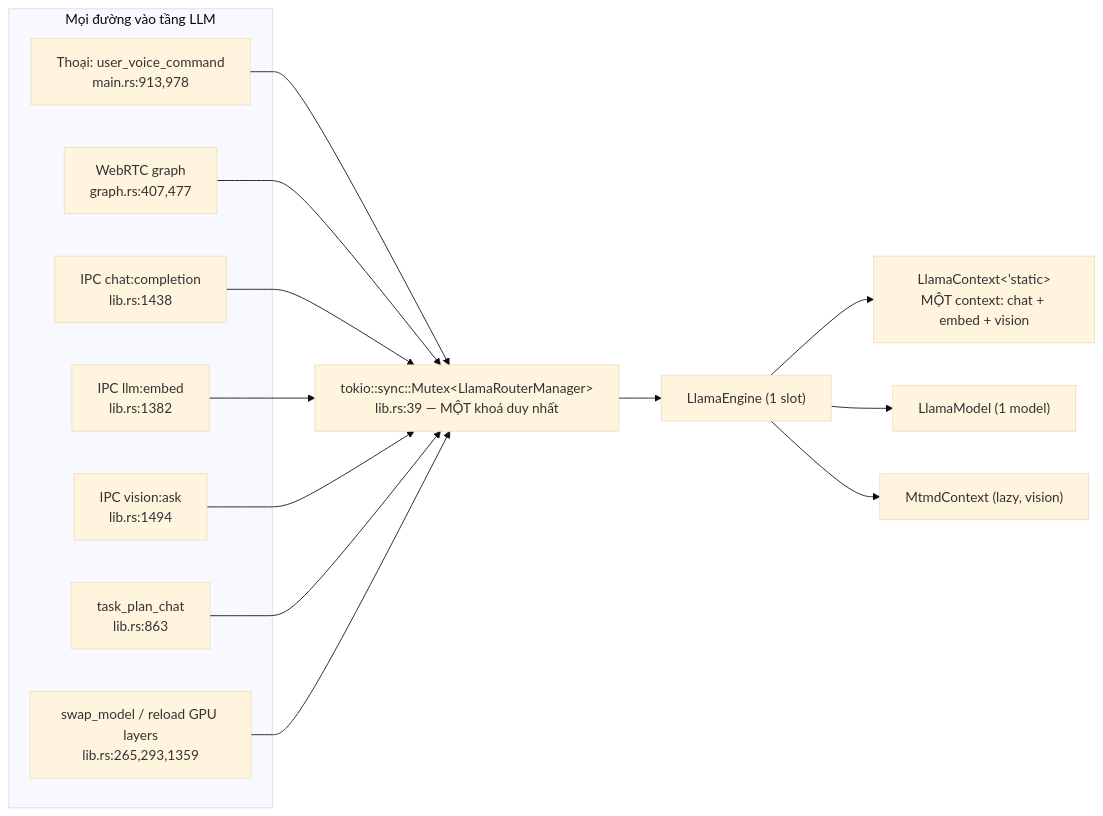
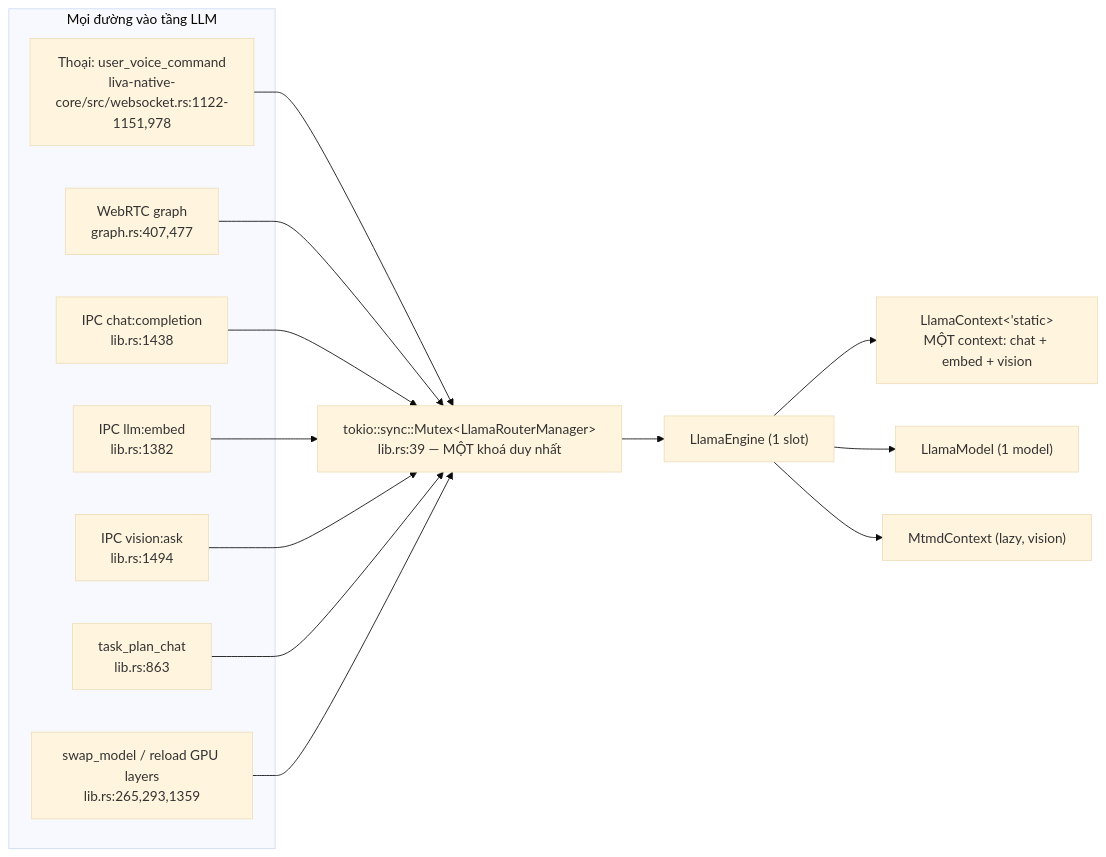
Before and after one commit to DuongNAD/LIVA: the fourth of 5 diagrams in docs/01-ban-ve/04-he-llm-va-prompt.md, drawn with Mermaid (base theme). The commit also changed other lines of this file and 59 other files, not shown here.

````diff
--- a/docs/01-ban-ve/04-he-llm-va-prompt.md
+++ b/docs/01-ban-ve/04-he-llm-va-prompt.md
@@ -658,26 +658,26 @@
 ```mermaid
 flowchart LR
     subgraph Callers["Mọi đường vào tầng LLM"]
-        V["Thoại: user_voice_command<br/>main.rs:913,978"]
+        V["Thoại: user_voice_command<br/>liva-native-core/src/websocket.rs:1122-1151,978"]
         W["WebRTC graph<br/>graph.rs:407,477"]
         I["IPC chat:completion<br/>lib.rs:1438"]
         E["IPC llm:embed<br/>lib.rs:1382"]
         X["IPC vision:ask<br/>lib.rs:1494"]
         T["task_plan_chat<br/>lib.rs:863"]
         S["swap_model / reload GPU layers<br/>lib.rs:265,293,1359"]
     end
 
     V --> M
     W --> M
     I --> M
     E --> M
     X --> M
     T --> M
     S --> M
 
     M["tokio::sync::Mutex&lt;LlamaRouterManager&gt;<br/>lib.rs:39 — MỘT khoá duy nhất"]
     M --> EG["LlamaEngine (1 slot)"]
     EG --> CTX["LlamaContext&lt;'static&gt;<br/>MỘT context: chat + embed + vision"]
     EG --> MD["LlamaModel (1 model)"]
     EG --> MT["MtmdContext (lazy, vision)"]
 ```
````
